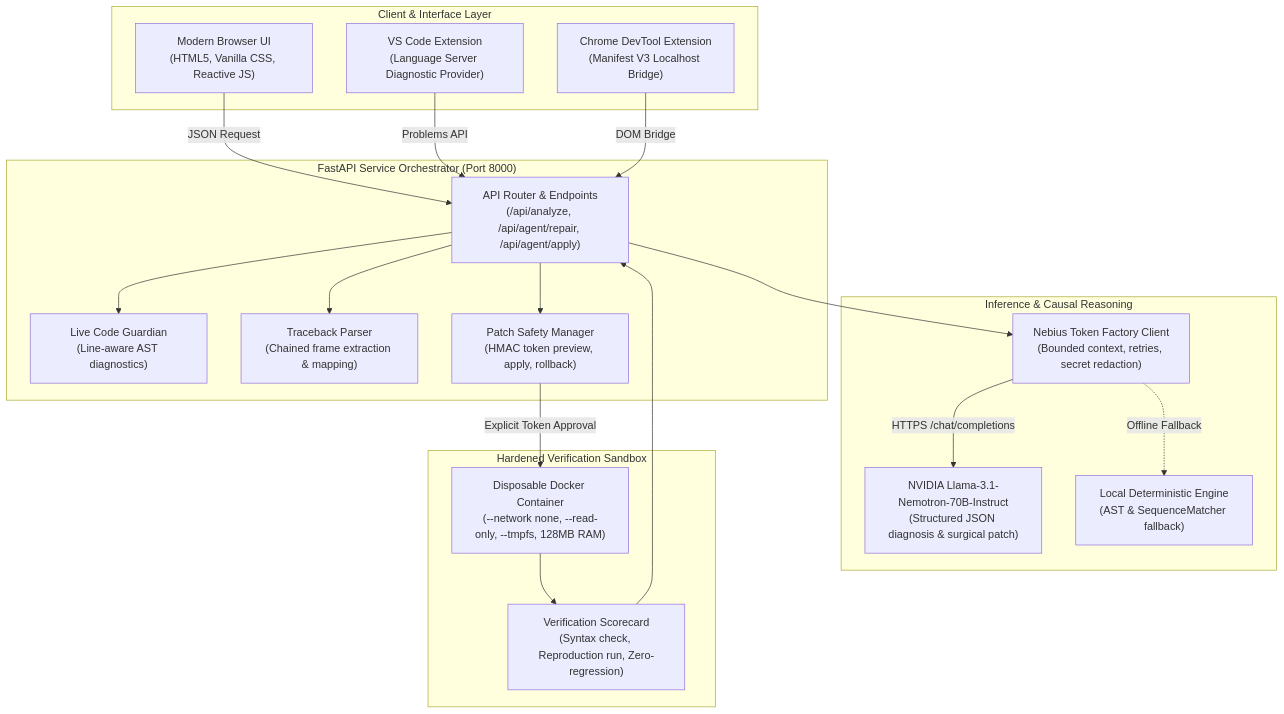
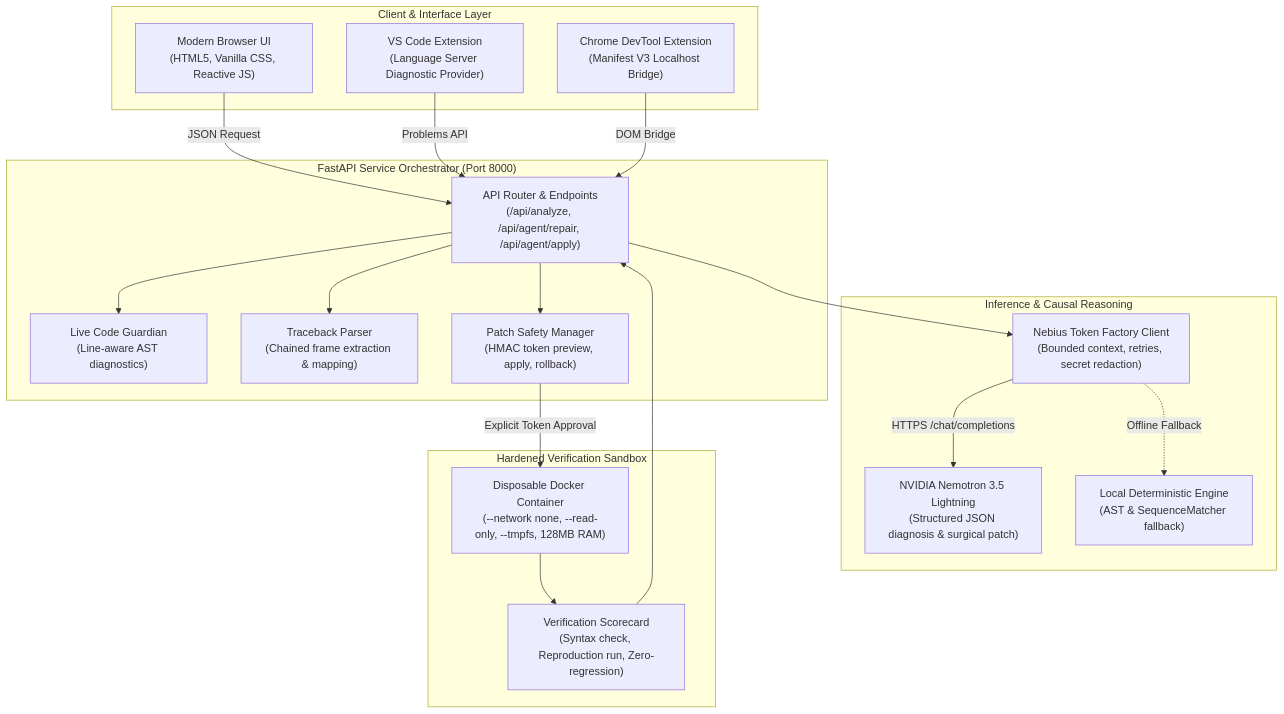
One commit to sunny-kavixo/Sunny-DevFix changed the diagram in docs/hackathon/ARCHITECTURE.md. Above: the diagram before and after it, drawn with Mermaid. The commit also changed other lines of this file and 34 other files, not shown here.

````diff
--- a/docs/hackathon/ARCHITECTURE.md
+++ b/docs/hackathon/ARCHITECTURE.md
@@ -13,42 +13,42 @@
 ```mermaid
 flowchart TD
     subgraph ClientLayer ["Client & Interface Layer"]
         Browser["Modern Browser UI\n(HTML5, Vanilla CSS, Reactive JS)"]
         VSCode["VS Code Extension\n(Language Server Diagnostic Provider)"]
         Chrome["Chrome DevTool Extension\n(Manifest V3 Localhost Bridge)"]
     end
 
     subgraph ServiceLayer ["FastAPI Service Orchestrator (Port 8000)"]
         Routes["API Router & Endpoints\n(/api/analyze, /api/agent/repair, /api/agent/apply)"]
         Guardian["Live Code Guardian\n(Line-aware AST diagnostics)"]
         TBParser["Traceback Parser\n(Chained frame extraction & mapping)"]
         PatchMgr["Patch Safety Manager\n(HMAC token preview, apply, rollback)"]
     end
 
     subgraph IntelligenceLayer ["Inference & Causal Reasoning"]
         NebiusClient["Nebius Token Factory Client\n(Bounded context, retries, secret redaction)"]
-        NvidiaModel["NVIDIA Llama-3.1-Nemotron-70B-Instruct\n(Structured JSON diagnosis & surgical patch)"]
+        NvidiaModel["NVIDIA Nemotron 3.5 Lightning\n(Structured JSON diagnosis & surgical patch)"]
         LocalEngine["Local Deterministic Engine\n(AST & SequenceMatcher fallback)"]
     end
 
     subgraph VerificationLayer ["Hardened Verification Sandbox"]
         DockerEngine["Disposable Docker Container\n(--network none, --read-only, --tmpfs, 128MB RAM)"]
         Scorecard["Verification Scorecard\n(Syntax check, Reproduction run, Zero-regression)"]
     end
 
     Browser -->|JSON Request| Routes
     VSCode -->|Problems API| Routes
     Chrome -->|DOM Bridge| Routes
 
     Routes --> Guardian
     Routes --> TBParser
     Routes --> PatchMgr
     Routes --> NebiusClient
 
     NebiusClient -->|HTTPS /chat/completions| NvidiaModel
     NebiusClient -.->|Offline Fallback| LocalEngine
 
     PatchMgr -->|Explicit Token Approval| DockerEngine
     DockerEngine --> Scorecard
     Scorecard --> Routes
 ```
````
